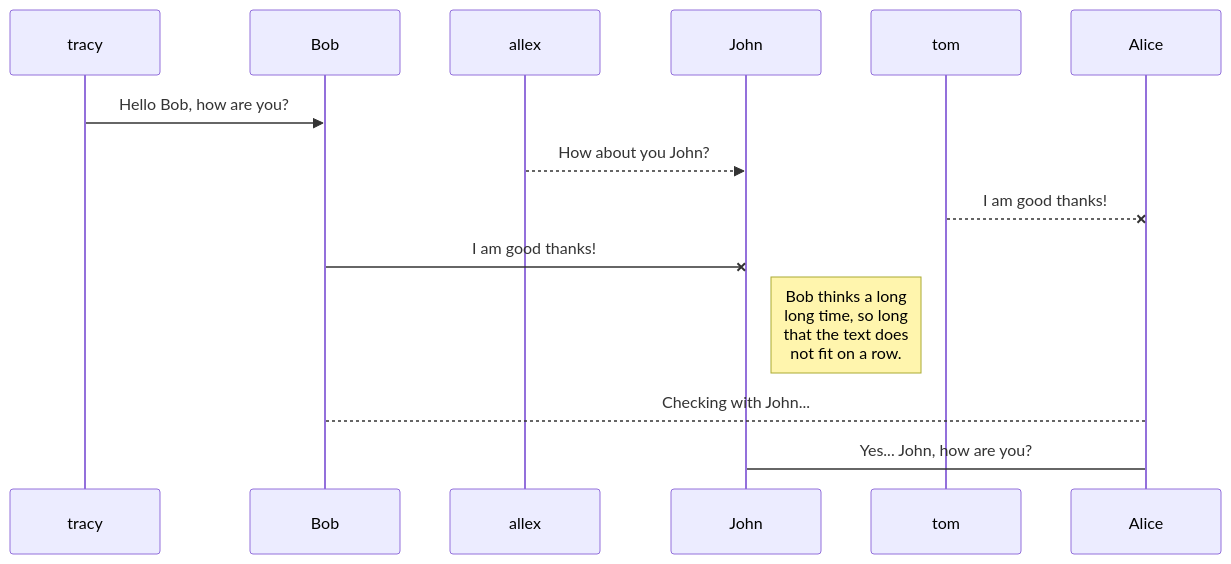
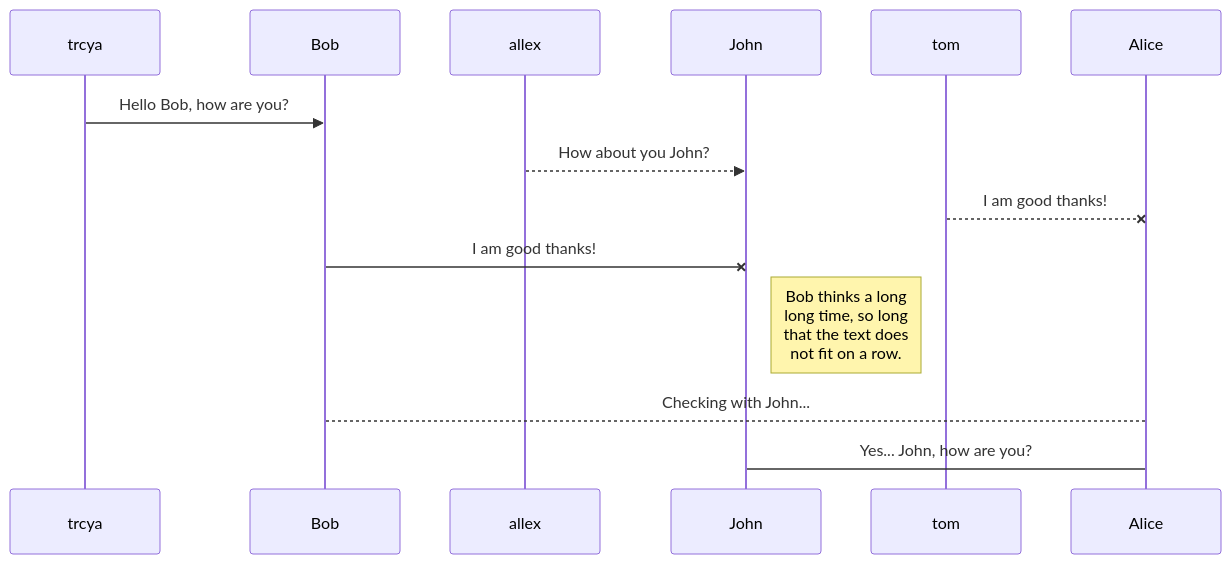
Before and after one commit to drshahizan/obsidian: the first of 3 diagrams in exercise/tracyvrhand/exercise1.md, drawn with Mermaid. The commit also changed other lines of this file, not shown here.

````diff
--- a/exercise/tracyvrhand/exercise1.md
+++ b/exercise/tracyvrhand/exercise1.md
@@ -21,11 +21,11 @@
 ```mermaid
 sequenceDiagram
-tracy ->> Bob: Hello Bob, how are you?
+trcya ->> Bob: Hello Bob, how are you?
 allex-->>John: How about you John?
 tom--x Alice: I am good thanks!
 Bob-x John: I am good thanks!
 Note right of John: Bob thinks a long<br/>long time, so long<br/>that the text does<br/>not fit on a row.
 
 Bob-->Alice: Checking with John...
 Alice->John: Yes... John, how are you?
 ```
````
